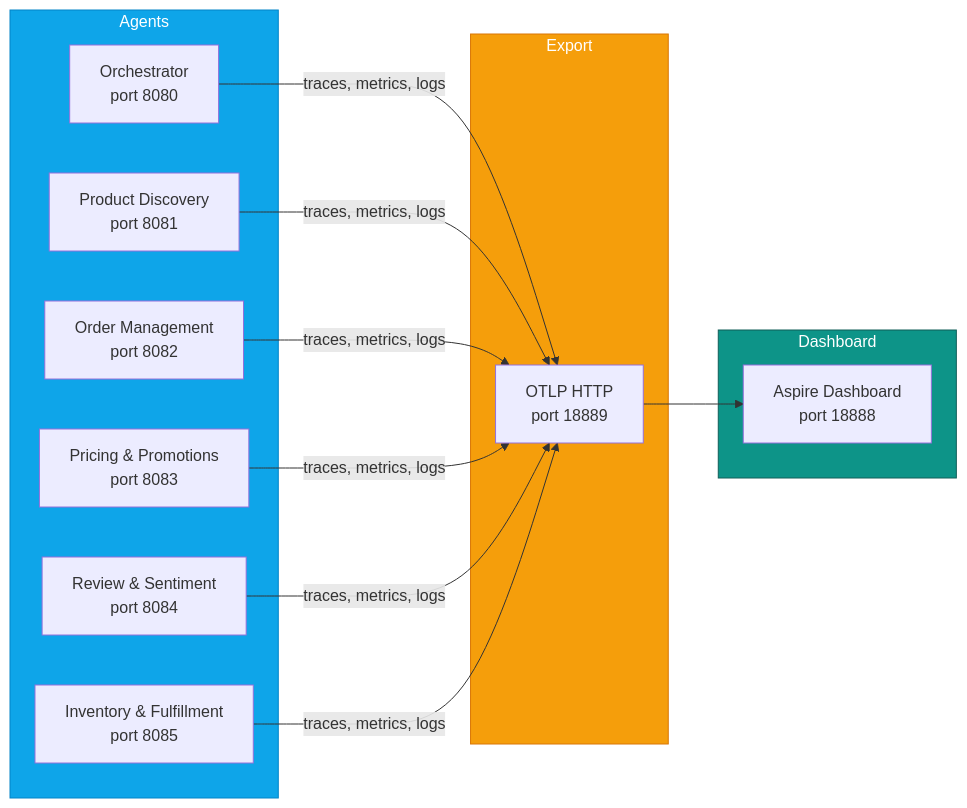
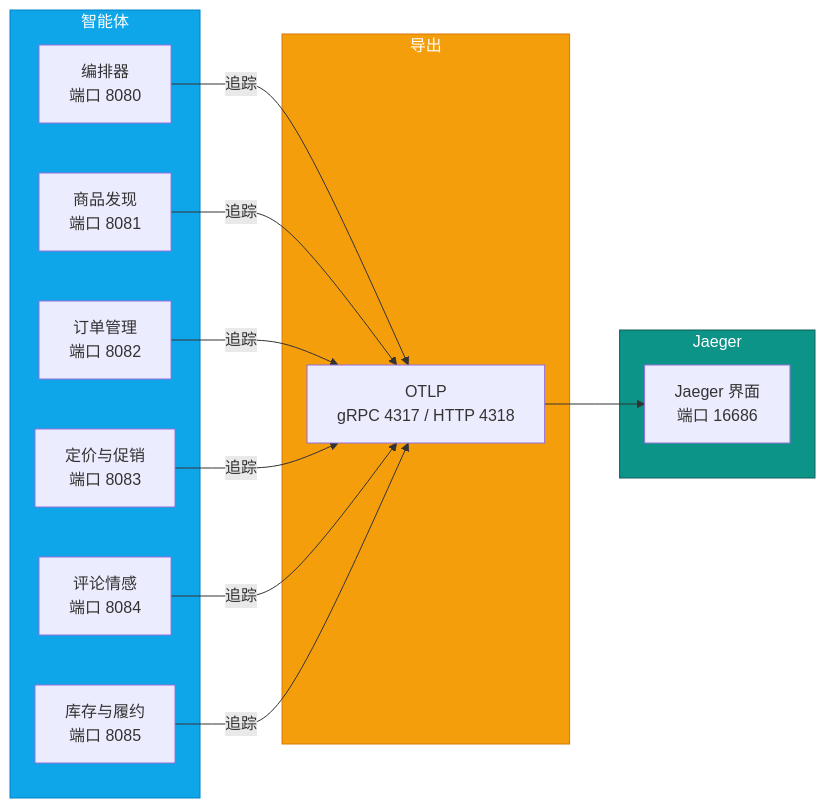
One commit to s1encisi/reliable-commerce-agents changed the first of 3 diagrams in docs/telemetry.md. Above: the diagram before and after it, drawn with Mermaid. The commit also changed other lines of this file and 1033 other files, not shown here.

````diff
--- a/docs/telemetry.md
+++ b/docs/telemetry.md
@@ -7,31 +7,31 @@
 ```mermaid
 graph LR
-    subgraph Agents
+    subgraph Agents["智能体"]
         style Agents fill:#0ea5e9,stroke:#0284c7,color:#fff
-        O[Orchestrator<br/>port 8080]
-        PD[Product Discovery<br/>port 8081]
-        OM[Order Management<br/>port 8082]
-        PP[Pricing & Promotions<br/>port 8083]
-        RS[Review & Sentiment<br/>port 8084]
-        IF[Inventory & Fulfillment<br/>port 8085]
+        O[编排器<br/>端口 8080]
+        PD[商品发现<br/>端口 8081]
+        OM[订单管理<br/>端口 8082]
+        PP[定价与促销<br/>端口 8083]
+        RS[评论情感<br/>端口 8084]
+        IF[库存与履约<br/>端口 8085]
     end
 
-    subgraph Export
+    subgraph Export["导出"]
         style Export fill:#f59e0b,stroke:#d97706,color:#fff
-        OTLP[OTLP HTTP<br/>port 18889]
+        OTLP[OTLP<br/>gRPC 4317 / HTTP 4318]
     end
 
-    subgraph Dashboard
-        style Dashboard fill:#0d9488,stroke:#115e59,color:#fff
-        ASPIRE[Aspire Dashboard<br/>port 18888]
+    subgraph Backend["Jaeger"]
+        style Backend fill:#0d9488,stroke:#115e59,color:#fff
+        JAEGER[Jaeger 界面<br/>端口 16686]
     end
 
-    O -->|traces, metrics, logs| OTLP
-    PD -->|traces, metrics, logs| OTLP
-    OM -->|traces, metrics, logs| OTLP
-    PP -->|traces, metrics, logs| OTLP
-    RS -->|traces, metrics, logs| OTLP
-    IF -->|traces, metrics, logs| OTLP
+    O -->|追踪| OTLP
+    PD -->|追踪| OTLP
+    OM -->|追踪| OTLP
+    PP -->|追踪| OTLP
+    RS -->|追踪| OTLP
+    IF -->|追踪| OTLP
 
-    OTLP --> ASPIRE
+    OTLP --> JAEGER
 ```
````
